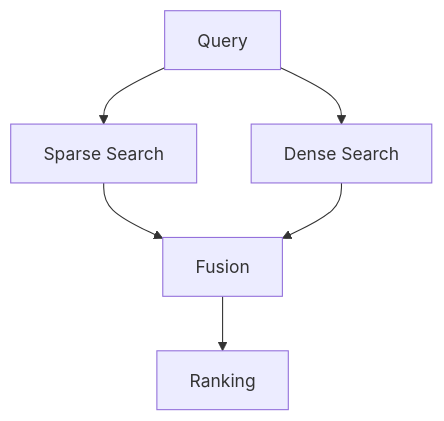
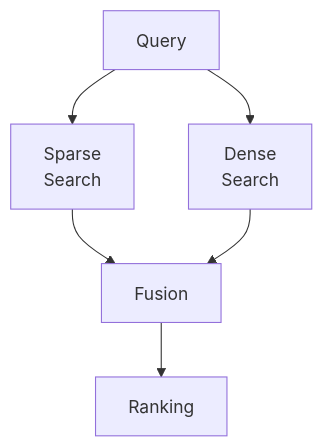
Before and after one commit to MihirKJha/enterprise-ai-blog: the eighth of 14 diagrams in docs/architecture-insights/genai-and-rag/3.4_engineering_hybrid_retrieval_sparse_dense.md, drawn with Mermaid. The commit also changed other lines of this file, not shown here.

First line of the commit message:
Updated 3.5_architecting_multi_stage_retrieval_from_recall_to_precision.md

````diff
--- a/docs/architecture-insights/genai-and-rag/3.4_engineering_hybrid_retrieval_sparse_dense.md
+++ b/docs/architecture-insights/genai-and-rag/3.4_engineering_hybrid_retrieval_sparse_dense.md
@@ -357,8 +357,8 @@
 ```mermaid
 graph TD
-    Q[Query] --> S[Sparse Search]
-    Q --> D[Dense Search]
+    Q[Query] --> S[Sparse<br/>Search]
+    Q --> D[Dense<br/>Search]
     S --> F[Fusion]
     D --> F
     F --> R[Ranking]
 ```
````
